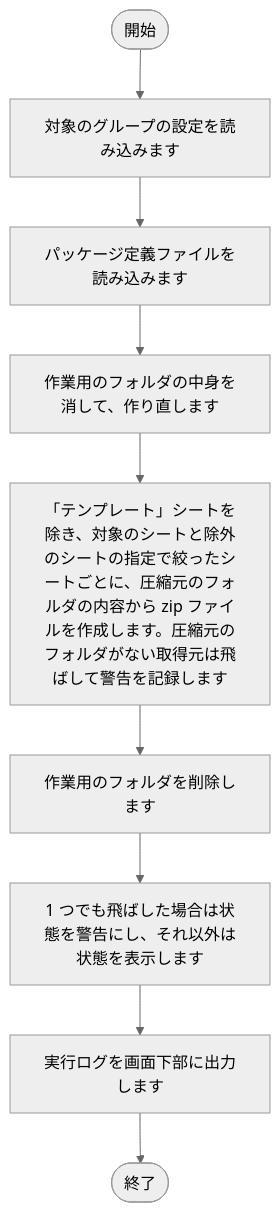
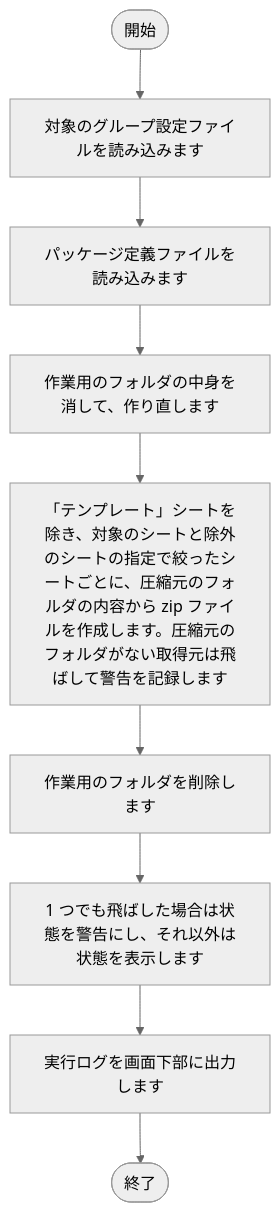
The second of 13 diagrams in tool/package-generator/doc/02_設計/処理フロー.md (nishida2073/project_management), drawn with Mermaid (neutral theme) before and after one commit. The commit also changed other lines of this file and 22 other files, not shown here.

````diff
--- a/tool/package-generator/doc/02_設計/処理フロー.md
+++ b/tool/package-generator/doc/02_設計/処理フロー.md
@@ -71,20 +71,20 @@
 ```mermaid
 flowchart TD
     S(["開始"])
     E(["終了"])
-    N1["対象のグループの設定を読み込みます"]
+    N1["対象のグループ設定ファイルを読み込みます"]
     S --> N1
     N2["パッケージ定義ファイルを読み込みます"]
     N1 --> N2
     N3["作業用のフォルダの中身を消して、作り直します"]
     N2 --> N3
     N4["「テンプレート」シートを除き、対象のシートと除外のシートの指定で絞ったシートごとに、圧縮元のフォルダの内容から zip ファイルを作成します。圧縮元のフォルダがない取得元は飛ばして警告を記録します"]
     N3 --> N4
     N5["作業用のフォルダを削除します"]
     N4 --> N5
     N6["1 つでも飛ばした場合は状態を警告にし、それ以外は状態を表示します"]
     N5 --> N6
     N7["実行ログを画面下部に出力します"]
     N6 --> N7
     N7 --> E
 ```
````
